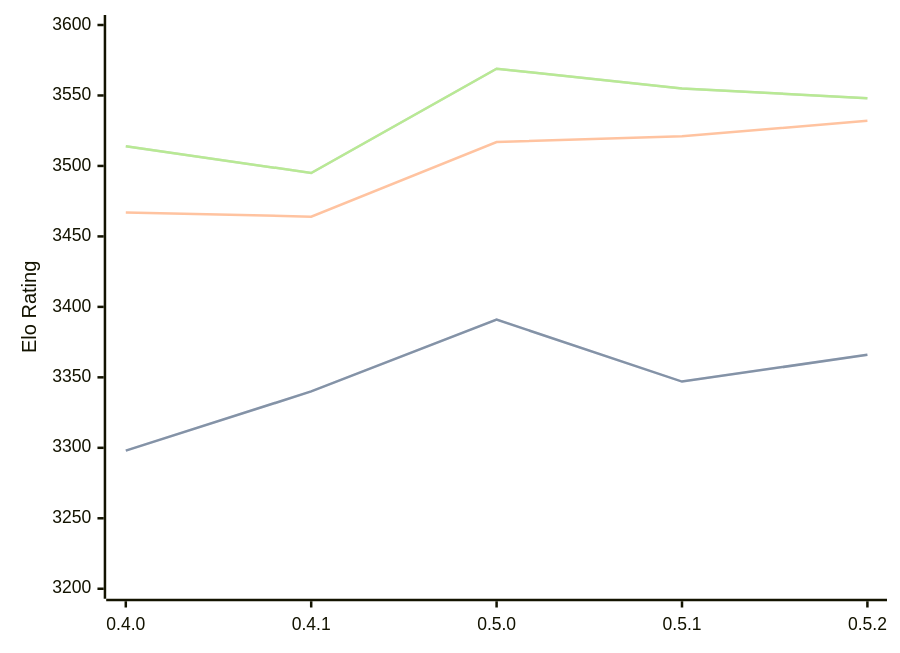
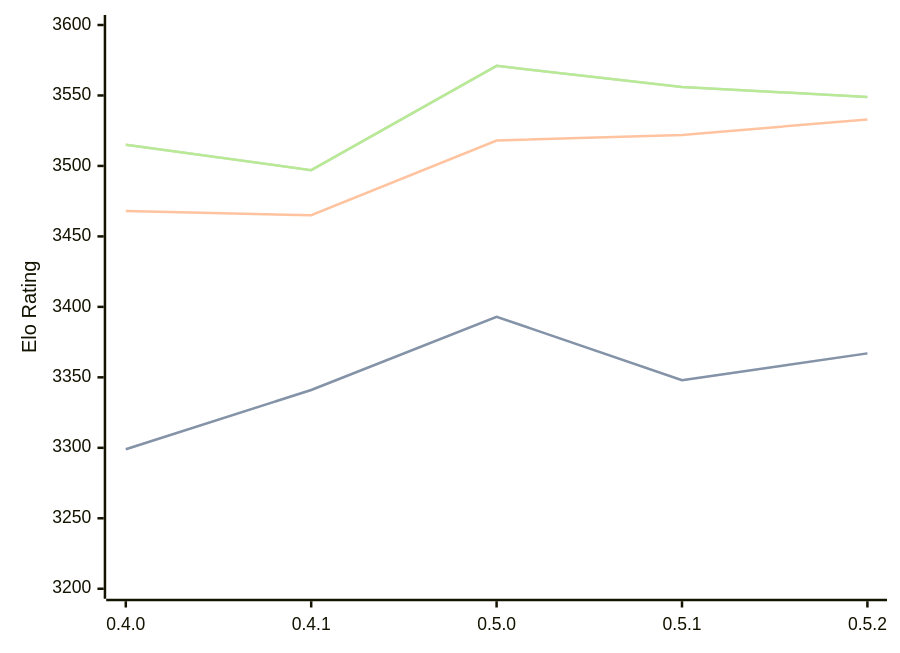
One commit to computer-chess-index/cci changed the diagram in engines/Cinder.md. Above: the diagram before and after it, drawn with Mermaid. The commit also changed other lines of this file, not shown here.

Commit message:
Update CCI Ratings (ELO VLTC) - 2026-08-15

````diff
--- a/engines/Cinder.md
+++ b/engines/Cinder.md
@@ -36,11 +36,11 @@
 ```mermaid
 %%{init: {"theme":"base","themeVariables":{"seriesColors:['#a3a3a3','#222221','#faa371']}}}%%
 xychart-beta
   x-axis ["0.4.0", "0.4.1", "0.5.0", "0.5.1", "0.5.2"]
   y-axis "Elo Rating" 3200 --> 3600
-  line "STC (8.0+0.08s)" [3298, 3340, 3391, 3347, 3366]
-  line "STC (8.0+0.08s)" [3298, 3340, 3391, 3347, 3366]
-  line "LTC (60.0+0.60s)" [3467, 3464, 3517, 3521, 3532]
-  line "VLTC (2m24s+1.12s)" [3514, 3495, 3569, 3555, 3548]
-  line "VLTC (2m24s+1.12s)" [3514, 3495, 3569, 3555, 3548]
+  line "STC (8.0+0.08s)" [3299, 3341, 3393, 3348, 3367]
+  line "STC (8.0+0.08s)" [3299, 3341, 3393, 3348, 3367]
+  line "LTC (60.0+0.60s)" [3468, 3465, 3518, 3522, 3533]
+  line "VLTC (2m24s+1.12s)" [3515, 3497, 3571, 3556, 3549]
+  line "VLTC (2m24s+1.12s)" [3515, 3497, 3571, 3556, 3549]
 ```
````
